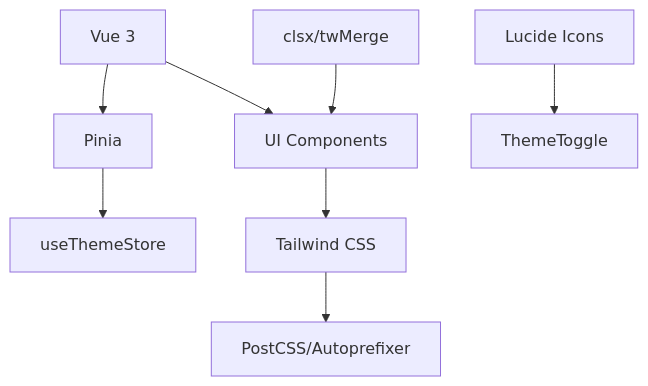
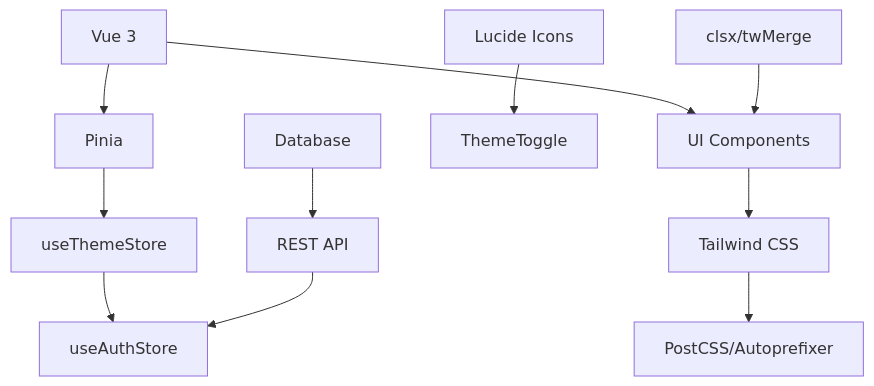
One commit to Nikita5543/New-SSO-02 changed the eighth of 8 diagrams in .qoder/repowiki/en/content/Frontend Architecture/Theming and Customization.md. Above: the diagram before and after it, drawn with Mermaid. The commit also changed other lines of this file and 7 other files, not shown here.

````diff
--- a/.qoder/repowiki/en/content/Frontend Architecture/Theming and Customization.md
+++ b/.qoder/repowiki/en/content/Frontend Architecture/Theming and Customization.md
@@ -308,10 +446,13 @@
 ```mermaid
 graph TB
 Vue["Vue 3"] --> Pinia["Pinia"]
 Pinia --> TS["useThemeStore"]
+TS --> AUTH["useAuthStore"]
 Vue --> Components["UI Components"]
 Components --> TW["Tailwind CSS"]
 TW --> PostCSS["PostCSS/Autoprefixer"]
 Icons["Lucide Icons"] --> TT["ThemeToggle"]
 Utils["clsx/twMerge"] --> Components
+API["REST API"] --> AUTH
+DB["Database"] --> API
 ```
````
